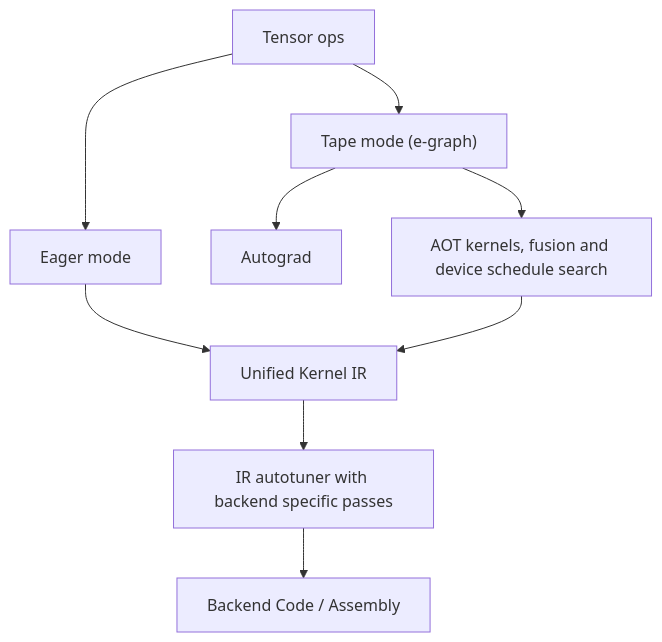
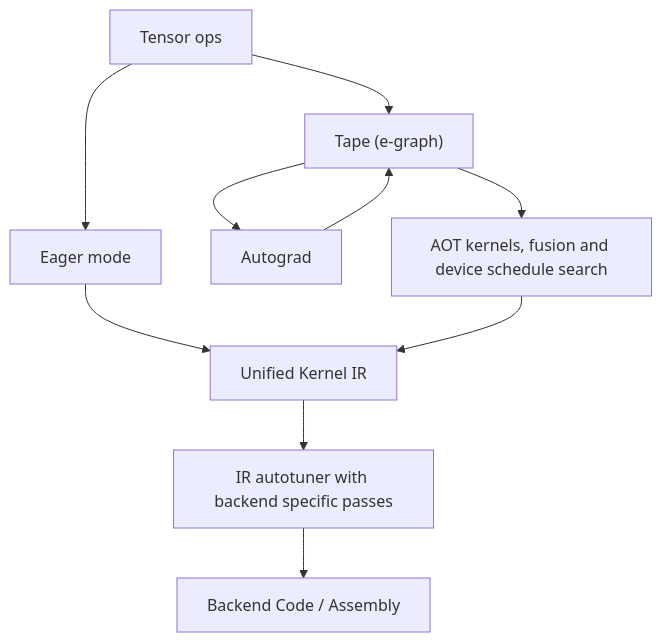
The diagram in README.md (zk4x/zyx), drawn with Mermaid before and after one commit.

Commit message:
update graph

````diff
--- a/README.md
+++ b/README.md
@@ -198,11 +198,12 @@
 ```mermaid
 graph TD
     A["Tensor ops"] --> B["Eager mode"]
-    A --> C["Tape mode (e-graph)"]
+    A --> C["Tape (e-graph)"]
     C --> D["Autograd"]
+    D --> C
     C --> E["AOT kernels, fusion and device schedule search"]
     B --> F["Unified Kernel IR"]
     E --> F
     F --> G["IR autotuner with backend specific passes"]
     G --> H["Backend Code / Assembly"]
 ```
````
